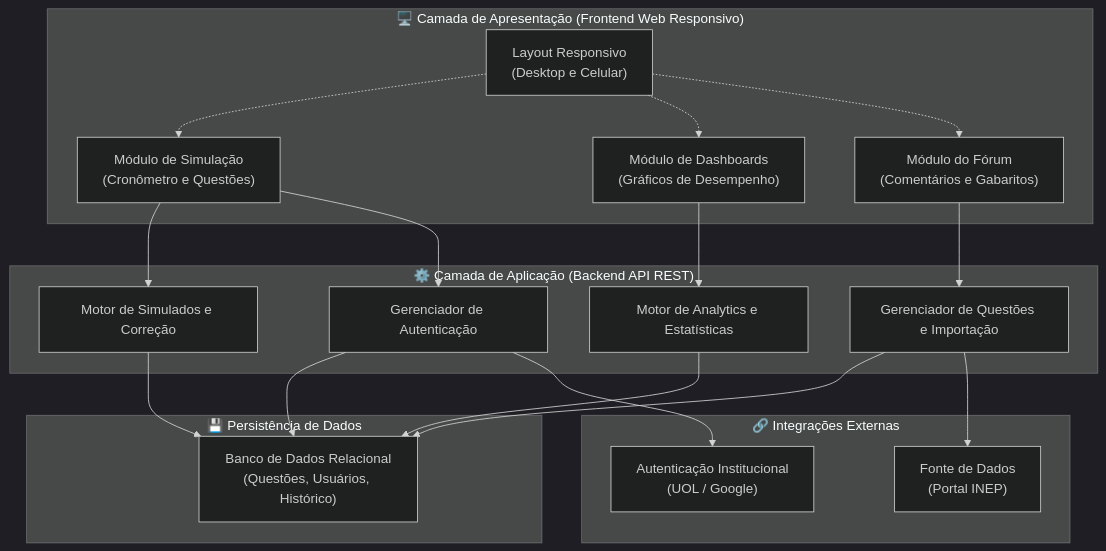
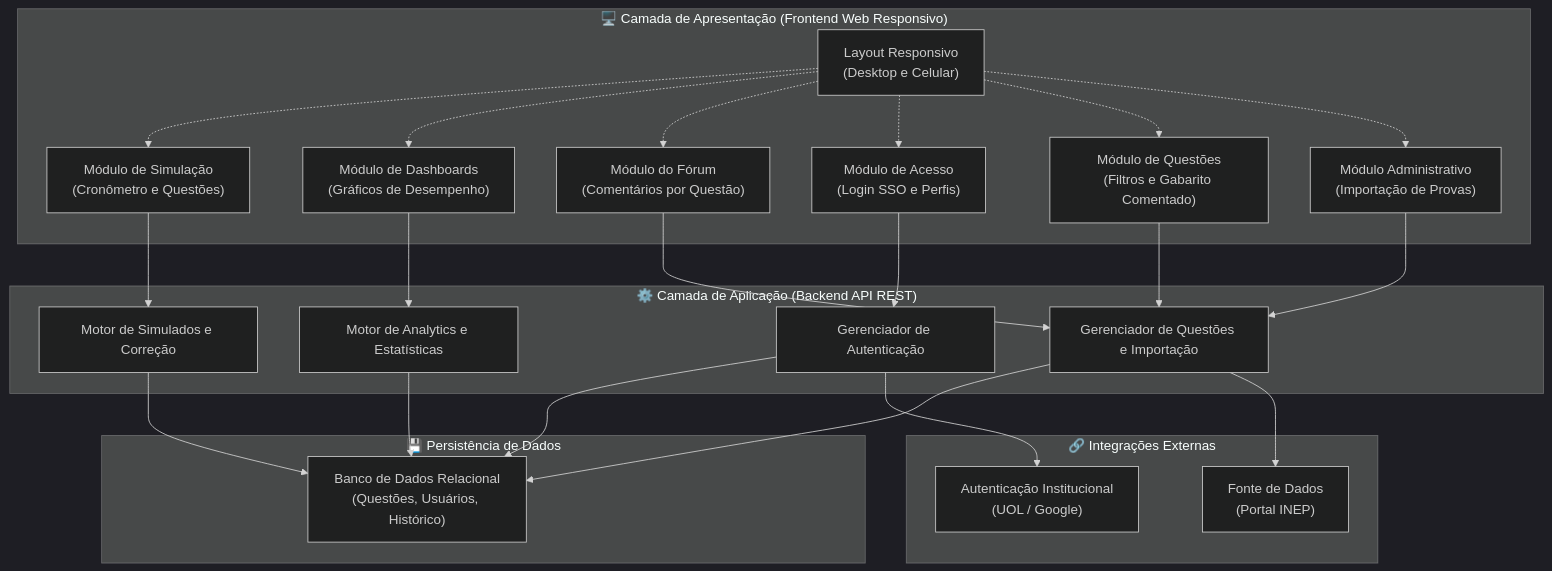
One commit to Petroievysk/requisitos-2026-02-EQUIPE01 changed the second of 4 diagrams in docs/p1/02_diagramas_uml.md. Above: the diagram before and after it, drawn with Mermaid (dark theme). The commit also changed other lines of this file, not shown here.

Commit message:
Revise UML diagrams for clarity and accuracy
Updated UML diagrams to reflect changes in module names and connections.

````diff
--- a/docs/p1/02_diagramas_uml.md
+++ b/docs/p1/02_diagramas_uml.md
@@ -63,44 +63,52 @@
 ```mermaid
 graph TB
     subgraph Camada_Cliente["🖥️ Camada de Apresentação (Frontend Web Responsivo)"]
         UI_Layout["Layout Responsivo<br/>(Desktop e Celular)"]
+        UI_Acesso["Módulo de Acesso<br/>(Login SSO e Perfis)"]
+        UI_Banco["Módulo de Questões<br/>(Filtros e Gabarito Comentado)"]
         UI_Simulado["Módulo de Simulação<br/>(Cronômetro e Questões)"]
         UI_Dashboard["Módulo de Dashboards<br/>(Gráficos de Desempenho)"]
-        UI_Forum["Módulo do Fórum<br/>(Comentários e Gabaritos)"]
+        UI_Forum["Módulo do Fórum<br/>(Comentários por Questão)"]
+        UI_Admin["Módulo Administrativo<br/>(Importação de Provas)"]
     end
  
     subgraph Camada_Servidor["⚙️ Camada de Aplicação (Backend API REST)"]
         Auth["Gerenciador de Autenticação"]
         Motor["Motor de Simulados e Correção"]
         Analytics["Motor de Analytics e Estatísticas"]
         Conteudo["Gerenciador de Questões e Importação"]
     end
  
     subgraph Camada_Dados["💾 Persistência de Dados"]
         DB["Banco de Dados Relacional<br/>(Questões, Usuários, Histórico)"]
     end
  
     subgraph Sistemas_Externos["🔗 Integrações Externas"]
         API_SSO["Autenticação Institucional<br/>(UOL / Google)"]
         API_INEP["Fonte de Dados<br/>(Portal INEP)"]
     end
  
     %% Conexões Frontend -> Backend
     UI_Simulado --> Motor
     UI_Dashboard --> Analytics
     UI_Forum --> Conteudo
-    UI_Simulado --> Auth
+    UI_Acesso --> Auth
+    UI_Banco --> Conteudo
+    UI_Admin --> Conteudo
     UI_Layout -.-> UI_Simulado
     UI_Layout -.-> UI_Dashboard
     UI_Layout -.-> UI_Forum
+    UI_Layout -.-> UI_Acesso
+    UI_Layout -.-> UI_Banco
+    UI_Layout -.-> UI_Admin
  
     %% Conexões Backend -> Dados
     Auth --> DB
     Motor --> DB
     Analytics --> DB
     Conteudo --> DB
  
     %% Conexões Backend -> Externo
     Auth --> API_SSO
     Conteudo --> API_INEP
 ```
````
